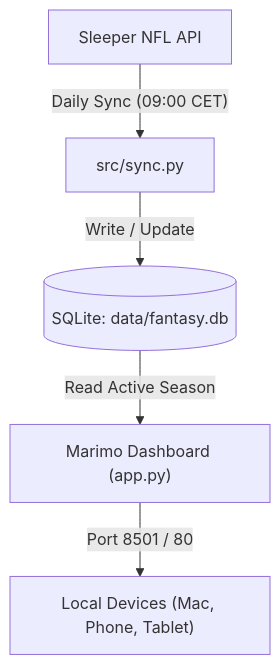
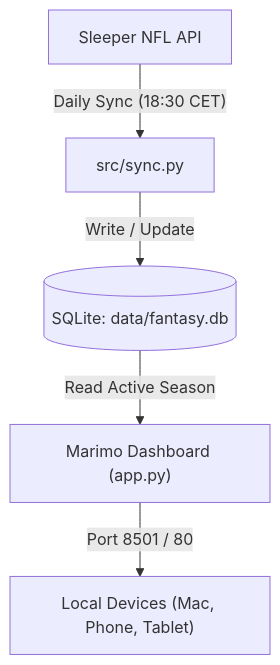
One commit to Sunkarr/NFL-Fantasy changed the first of 2 diagrams in README.md. Above: the diagram before and after it, drawn with Mermaid. The commit also changed other lines of this file and 3 other files, not shown here.

Commit message:
Update automated sync schedule to 18:30 CET daily

````diff
--- a/README.md
+++ b/README.md
@@ -20,7 +20,7 @@
 ```mermaid
 flowchart TD
-    SleeperAPI["Sleeper NFL API"] -->|"Daily Sync (09:00 CET)"| Sync["src/sync.py"]
+    SleeperAPI["Sleeper NFL API"] -->|"Daily Sync (18:30 CET)"| Sync["src/sync.py"]
     Sync -->|"Write / Update"| DB[("SQLite: data/fantasy.db")]
     DB -->|"Read Active Season"| Marimo["Marimo Dashboard (app.py)"]
     Marimo -->|"Port 8501 / 80"| Client["Local Devices (Mac, Phone, Tablet)"]
 ```
````
